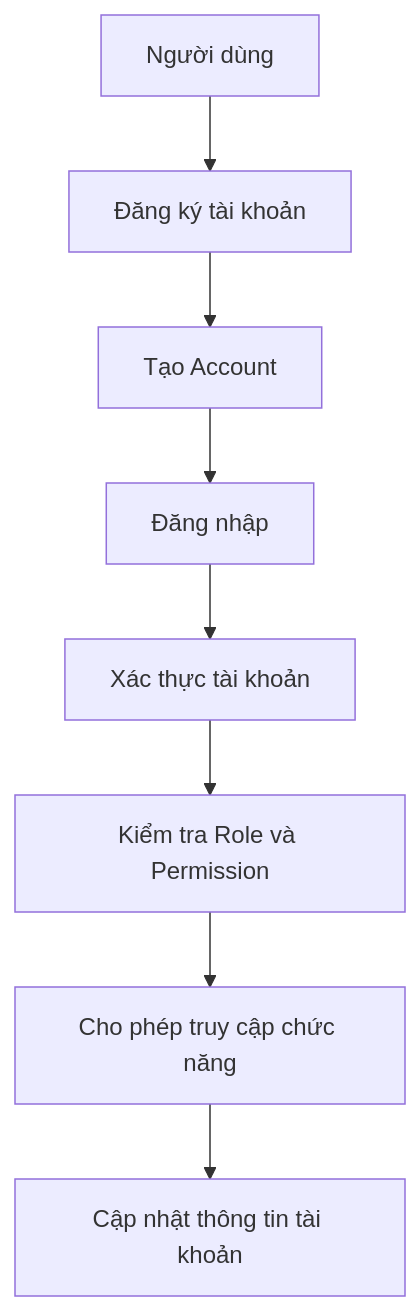
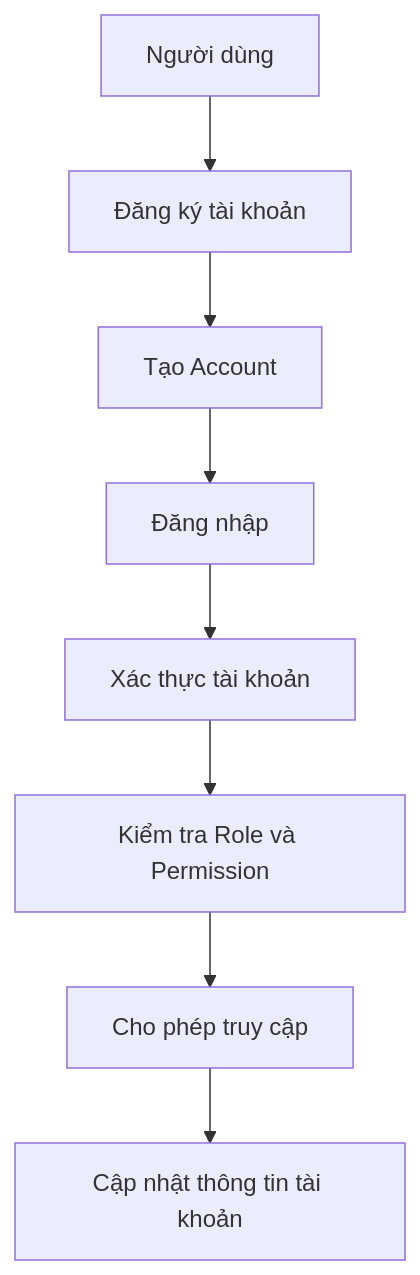
Before and after one commit to Phamha0601/23680571_PhamThiThuHa_CabSystem: the first of 29 diagrams in Microservice_Design.md, drawn with Mermaid. The commit also changed other lines of this file, not shown here.

````diff
--- a/Microservice_Design.md
+++ b/Microservice_Design.md
@@ -58,10 +60,10 @@
 ```mermaid
 flowchart TD
     A[Người dùng] --> B[Đăng ký tài khoản]
     B --> C[Tạo Account]
     C --> D[Đăng nhập]
     D --> E[Xác thực tài khoản]
     E --> F[Kiểm tra Role và Permission]
-    F --> G[Cho phép truy cập chức năng]
+    F --> G[Cho phép truy cập]
     G --> H[Cập nhật thông tin tài khoản]
 ```
````
